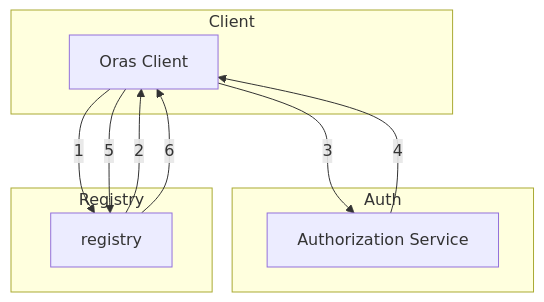
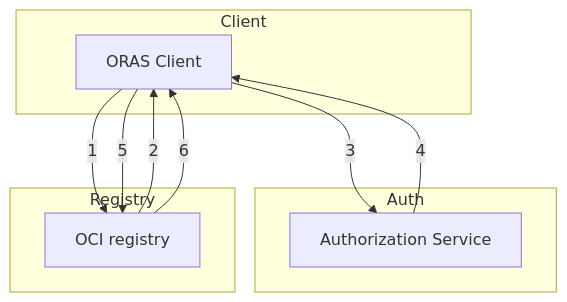
Before and after one commit to oras-project/oras-dotnet: the second of 2 diagrams in src/OrasProject.Oras/Registry/Remote/Auth/authModel.md, drawn with Mermaid. The commit also changed other lines of this file, not shown here.

````diff
--- a/src/OrasProject.Oras/Registry/Remote/Auth/authModel.md
+++ b/src/OrasProject.Oras/Registry/Remote/Auth/authModel.md
@@ -47,21 +47,21 @@
 ```mermaid
 graph TD;
     subgraph Client
-      A[Oras Client]
+      A[ORAS Client]
     end
 
     subgraph Auth
       C[Authorization Service]
     end
 
     subgraph Registry
-      B[registry]
+      B[OCI registry]
     end
 
     A -->|1| B
     B -->|2| A
     A --> |3| C
     C --> |4| A
     A --> |5| B
     B --> |6| A
 ```
````
